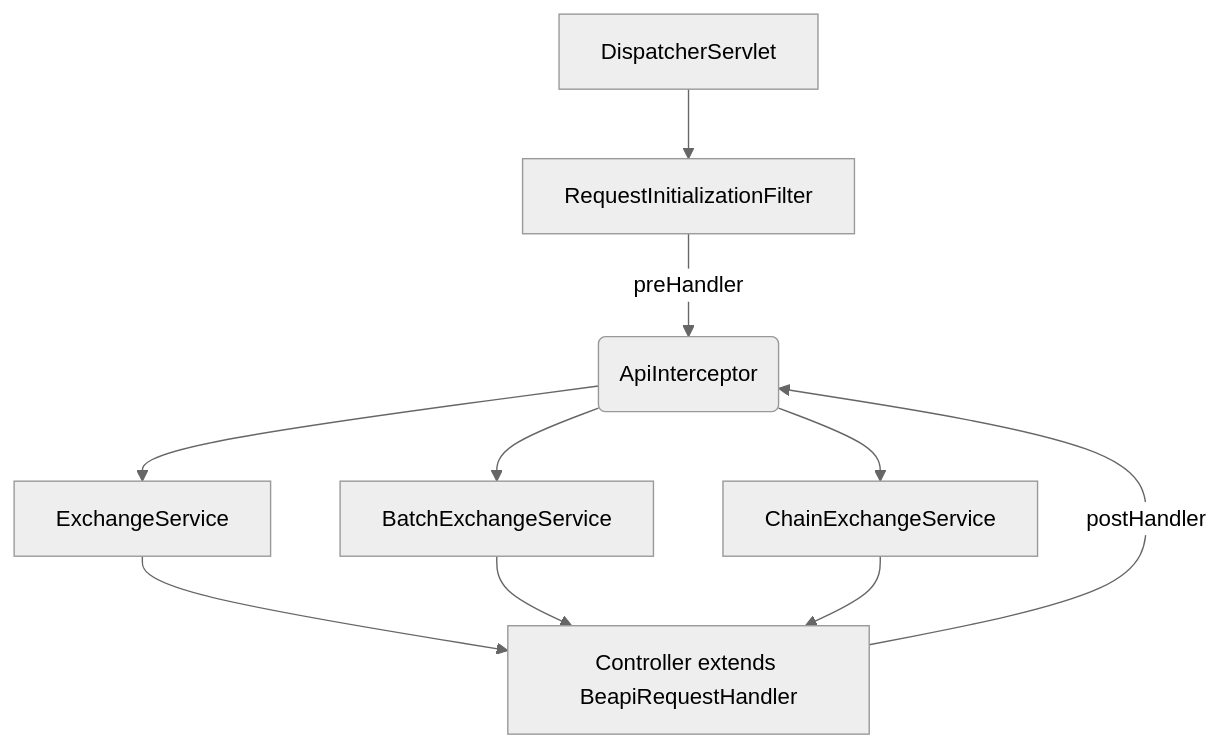
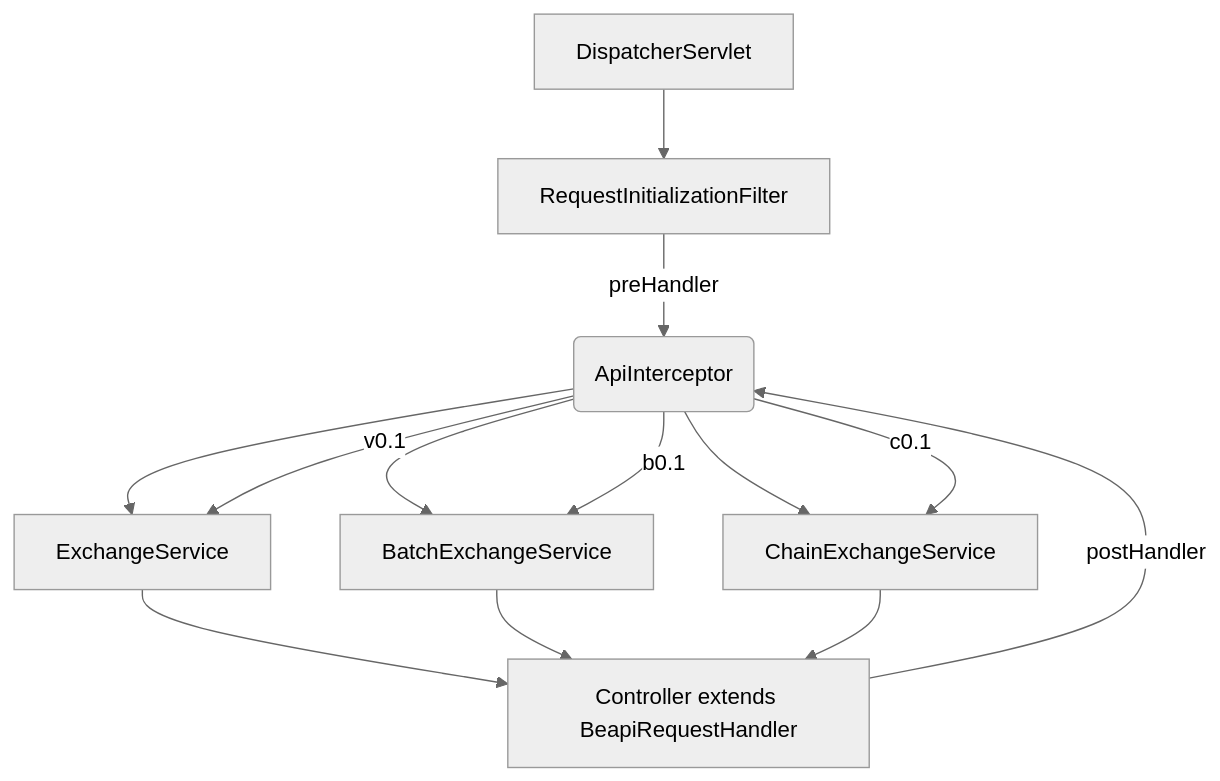
One commit to Beapi-io/spring-boot-starter-beapi changed the diagram in README.md. Above: the diagram before and after it, drawn with Mermaid (neutral theme).

````diff
--- a/README.md
+++ b/README.md
@@ -115,12 +115,15 @@
 ```mermaid
 flowchart TD
     A[DispatcherServlet] --> B[RequestInitializationFilter]
     B --> |preHandler| C(ApiInterceptor)
     C --> D[ExchangeService] 
     C --> E[BatchExchangeService] 
     C --> F[ChainExchangeService] 
     D --> G[Controller extends BeapiRequestHandler]
     E --> G[Controller extends BeapiRequestHandler]
     F --> G[Controller extends BeapiRequestHandler]
     G --> |postHandler| C
+    C --> |v0.1| D
+    C --> |b0.1| E
+    C --> |c0.1| F
 ```
````
